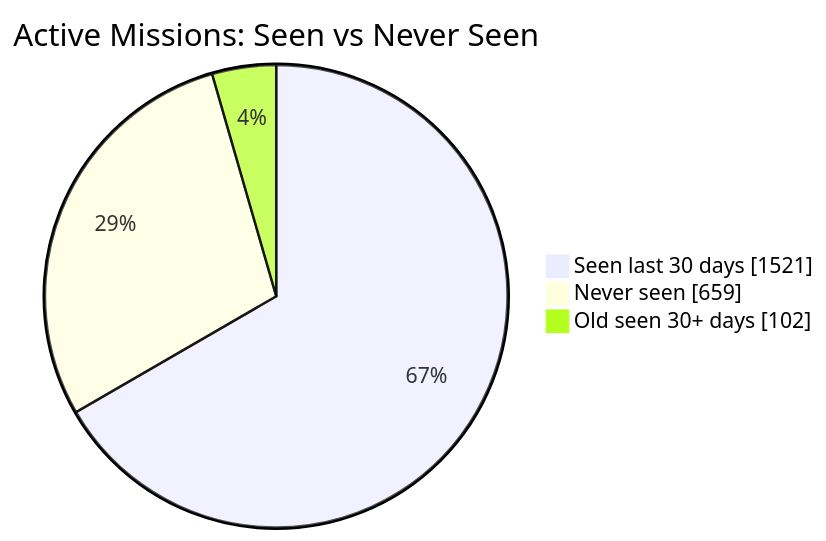
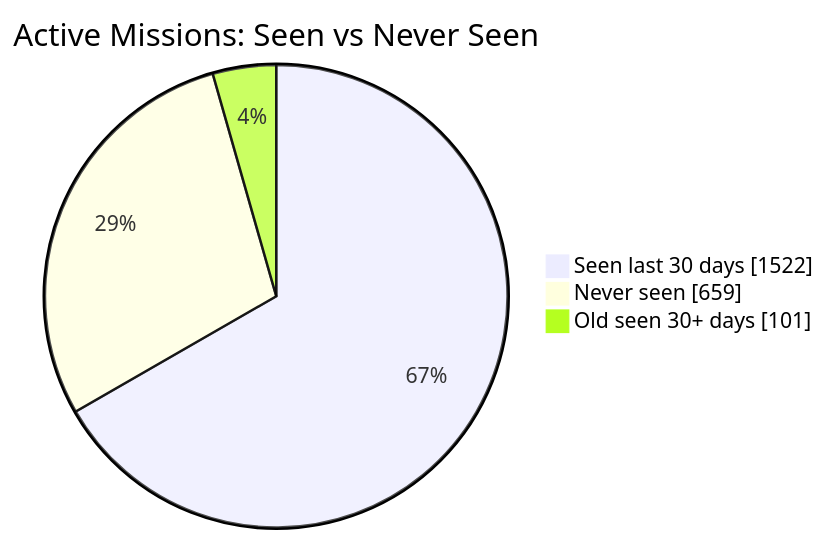
The first of 2 diagrams in README.md (MeldkamerspelGameTeam/active-missions), drawn with Mermaid before and after one commit. The commit also changed other lines of this file and 2 other files, not shown here.

````diff
--- a/README.md
+++ b/README.md
@@ -34,7 +34,7 @@
 ```mermaid
 pie showData
     title Active Missions: Seen vs Never Seen
-    "Seen last 30 days" : 1521
+    "Seen last 30 days" : 1522
     "Never seen" : 659
-    "Old seen 30+ days" : 102
+    "Old seen 30+ days" : 101
 ```
````
